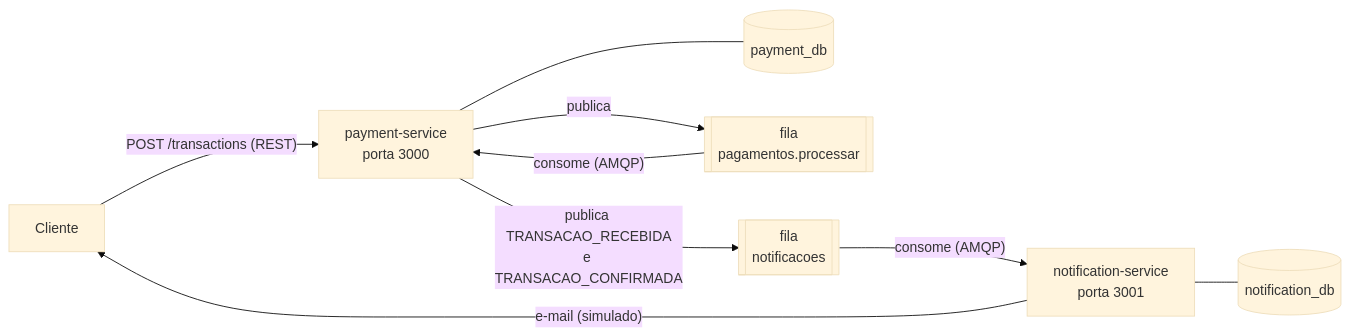
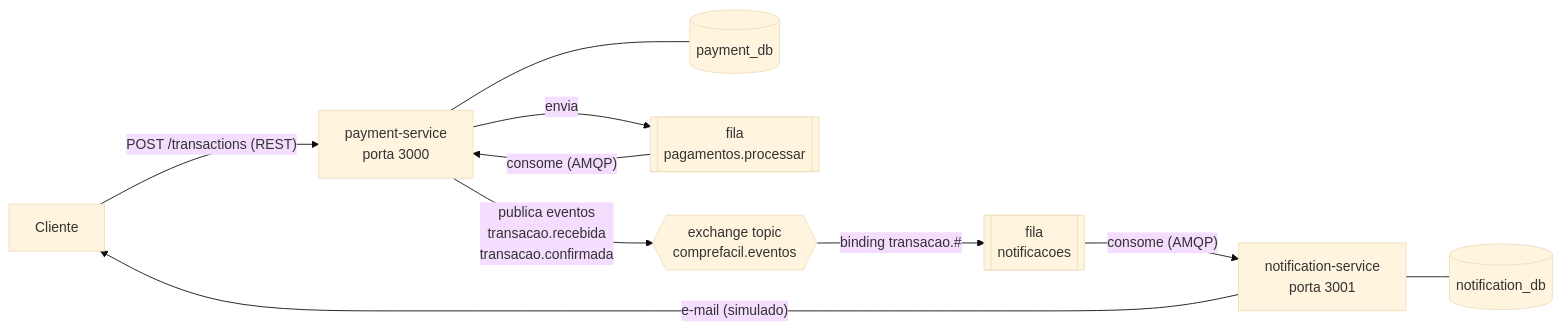
Before and after one commit to rcsfabiola/comprefacil-microsservicos: the diagram in README.md, drawn with Mermaid (base theme). The commit also changed other lines of this file and 22 other files, not shown here.

````diff
--- a/README.md
+++ b/README.md
@@ -18,11 +18,12 @@
 ```mermaid
 flowchart LR
     U[Cliente] -->|"POST /transactions (REST)"| P[payment-service<br/>porta 3000]
     P --- DBP[(payment_db)]
-    P -->|"publica"| QP[["fila<br/>pagamentos.processar"]]
+    P -->|"envia"| QP[["fila<br/>pagamentos.processar"]]
     QP -->|"consome (AMQP)"| P
-    P -->|"publica TRANSACAO_RECEBIDA<br/>e TRANSACAO_CONFIRMADA"| QN[["fila<br/>notificacoes"]]
+    P -->|"publica eventos<br/>transacao.recebida<br/>transacao.confirmada"| EX{{"exchange topic<br/>comprefacil.eventos"}}
+    EX -->|"binding transacao.#"| QN[["fila<br/>notificacoes"]]
     QN -->|"consome (AMQP)"| N[notification-service<br/>porta 3001]
     N --- DBN[(notification_db)]
     N -->|"e-mail (simulado)"| U
 ```
````
